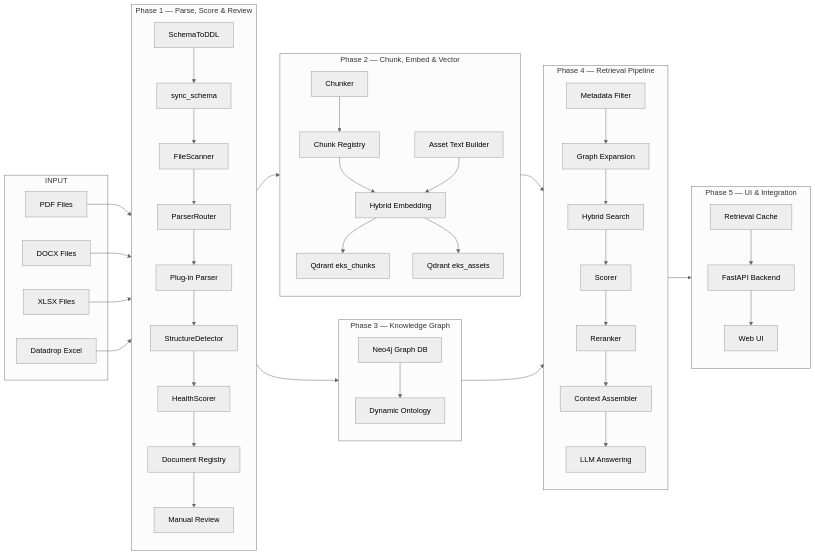
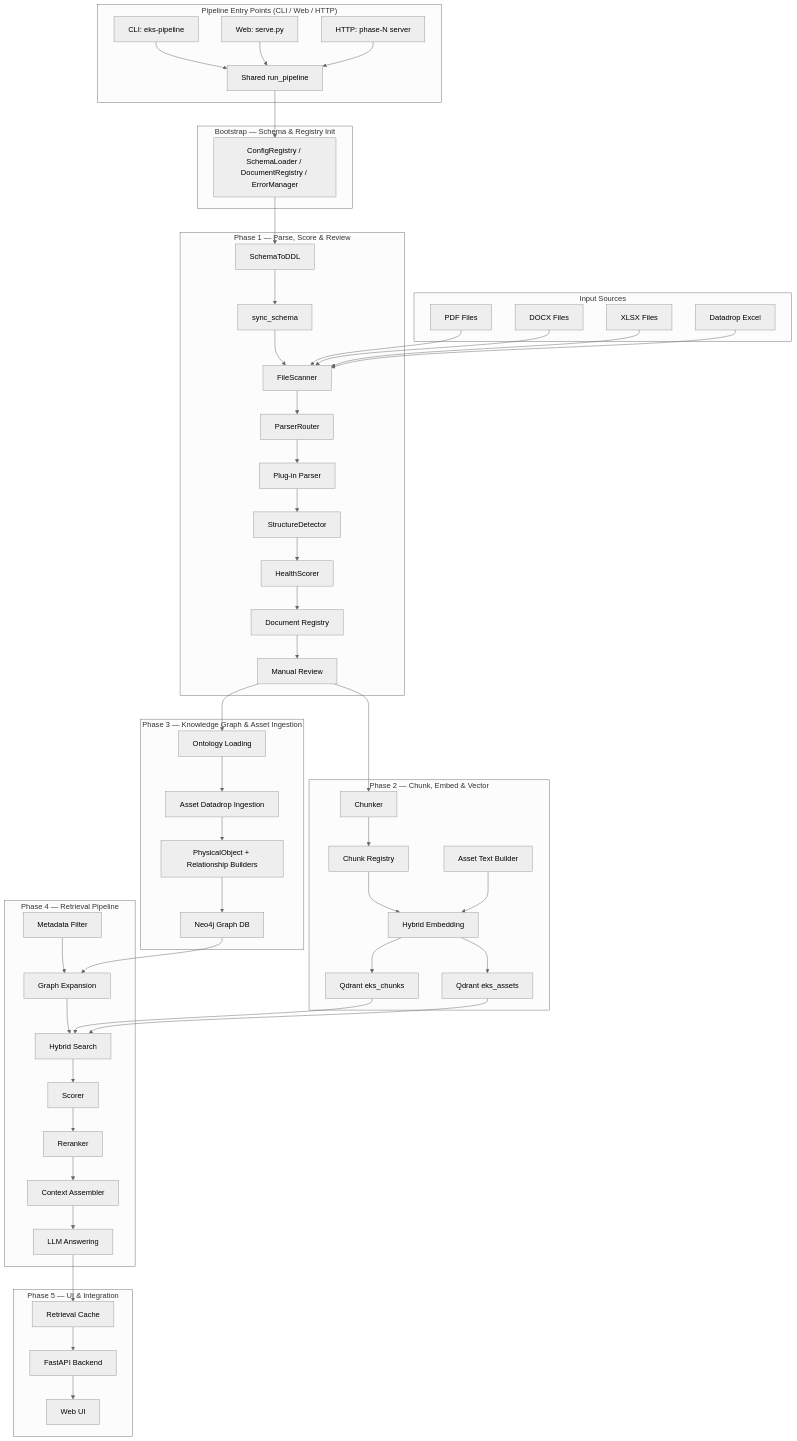
The diagram in eks/workplan/eks_system_workplan.md (chinwarsoon/Engineering-and-Design), drawn with Mermaid (neutral theme) before and after one commit. The commit also changed other lines of this file and 41 other files, not shown here.

````diff
--- a/eks/workplan/eks_system_workplan.md
+++ b/eks/workplan/eks_system_workplan.md
@@ -250,61 +252,68 @@
 ```mermaid
-graph LR
-    subgraph INPUT
+flowchart TD
+
+    subgraph ENTRY["Pipeline Entry Points (CLI / Web / HTTP)"]
+        EC[CLI: eks-pipeline] --> EF[Shared run_pipeline]
+        EW[Web: serve.py] --> EF
+        EH[HTTP: phase-N server] --> EF
+    end
+
+    subgraph BOOT["Bootstrap — Schema & Registry Init"]
+        BOOT1[ConfigRegistry / SchemaLoader / DocumentRegistry / ErrorManager]
+    end
+
+    subgraph INPUT["Input Sources"]
         PDF[PDF Files]
         DOCX[DOCX Files]
         XLSX[XLSX Files]
         DATA[Datadrop Excel]
     end
 
     subgraph PH1["Phase 1 — Parse, Score & Review"]
-        direction TB
         A1[SchemaToDDL] --> A2[sync_schema]
         A2 --> A3[FileScanner]
         A3 --> A4[ParserRouter]
         A4 --> A5[Plug-in Parser]
         A5 --> A6[StructureDetector]
         A6 --> A7[HealthScorer]
         A7 --> A8[Document Registry]
         A8 --> A9[Manual Review]
     end
 
     subgraph PH2["Phase 2 — Chunk, Embed & Vector"]
-        direction TB
         B1[Chunker] --> B2[Chunk Registry]
         B2 --> B3[Hybrid Embedding]
         B3 --> B4[Qdrant eks_chunks]
         B5[Asset Text Builder] --> B3
         B3 --> B6[Qdrant eks_assets]
     end
 
-    subgraph PH3["Phase 3 — Knowledge Graph"]
-        direction TB
-        C1[Neo4j Graph DB]
-        C2[Dynamic Ontology]
-        C1 --> C2
+    subgraph PH3["Phase 3 — Knowledge Graph & Asset Ingestion"]
+        C1[Ontology Loading] --> C2[Asset Datadrop Ingestion]
+        C2 --> C3[PhysicalObject + Relationship Builders]
+        C3 --> C4[Neo4j Graph DB]
     end
 
     subgraph PH4["Phase 4 — Retrieval Pipeline"]
-        direction TB
         D1[Metadata Filter] --> D2[Graph Expansion]
         D2 --> D3[Hybrid Search]
         D3 --> D4[Scorer]
         D4 --> D5[Reranker]
         D5 --> D6[Context Assembler]
         D6 --> D7[LLM Answering]
     end
 
     subgraph PH5["Phase 5 — UI & Integration"]
-        direction TB
         E1[Retrieval Cache] --> E2[FastAPI Backend]
         E2 --> E3[Web UI]
     end
 
-    PDF & DOCX & XLSX --> PH1
-    DATA --> PH1
-    PH1 --> PH2
-    PH1 --> PH3
-    PH2 --> PH4
-    PH3 --> PH4
-    PH4 --> PH5
+    EF --> BOOT1
+    BOOT1 --> A1
+    PDF & DOCX & XLSX --> A3
+    DATA --> A3
+    A9 --> B1 & C1
+    B4 & B6 --> D3
+    C4 --> D2
+    D7 --> E1
 ```
````
